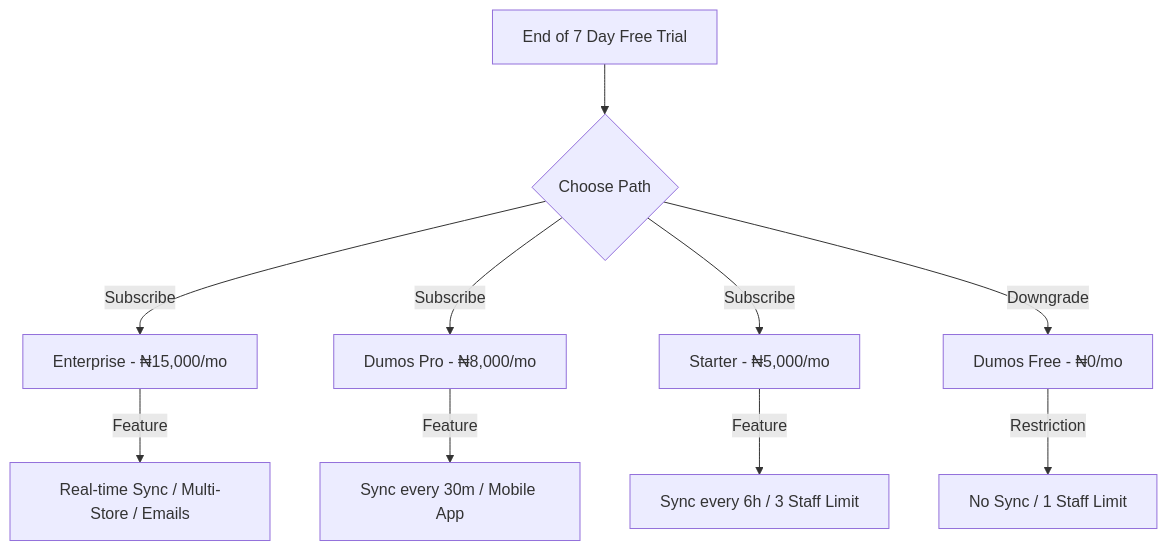
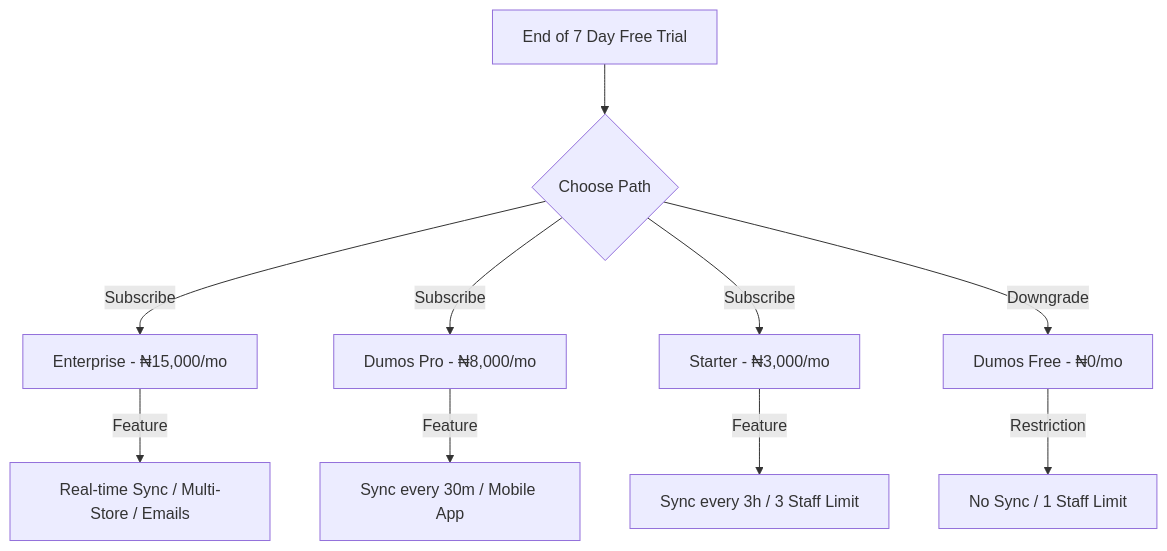
The diagram in docs/GTM_STRATEGY.md (Pikarestiv/DumosRx), drawn with Mermaid before and after one commit. The commit also changed other lines of this file and 4 other files, not shown here.

````diff
--- a/docs/GTM_STRATEGY.md
+++ b/docs/GTM_STRATEGY.md
@@ -30,13 +31,13 @@
 ```mermaid
 graph TD
     A[End of 7 Day Free Trial] --> B{Choose Path}
     B -->|Subscribe| C[Enterprise - ₦15,000/mo]
     B -->|Subscribe| D[Dumos Pro - ₦8,000/mo]
-    B -->|Subscribe| E[Starter - ₦5,000/mo]
+    B -->|Subscribe| E[Starter - ₦3,000/mo]
     B -->|Downgrade| F[Dumos Free - ₦0/mo]
     
     C -->|Feature| C1[Real-time Sync / Multi-Store / Emails]
     D -->|Feature| D1[Sync every 30m / Mobile App]
-    E -->|Feature| E1[Sync every 6h / 3 Staff Limit]
+    E -->|Feature| E1[Sync every 3h / 3 Staff Limit]
     F -->|Restriction| F1[No Sync / 1 Staff Limit]
 ```
````
